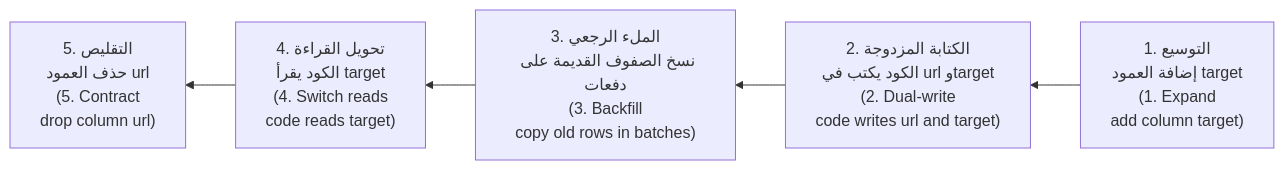
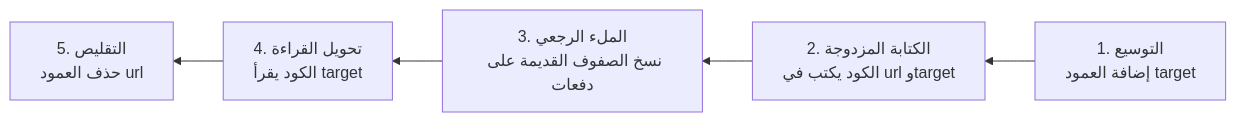
The second of 9 diagrams in saas/modules/02-data.ar.md (Tamoura/system-design-for-vibe-coders), drawn with Mermaid before and after one commit. The commit also changed other lines of this file and 551 other files, not shown here.

````diff
--- a/saas/modules/02-data.ar.md
+++ b/saas/modules/02-data.ar.md
@@ -123,7 +146,7 @@
 ```mermaid
 flowchart RL
-    A["1. التوسيع<br/>إضافة العمود target<br/>(1. Expand<br/>add column target)"] --> B["2. الكتابة المزدوجة<br/>الكود يكتب في url وtarget<br/>(2. Dual-write<br/>code writes url and target)"]
-    B --> C["3. الملء الرجعي<br/>نسخ الصفوف القديمة على دفعات<br/>(3. Backfill<br/>copy old rows in batches)"]
-    C --> D["4. تحويل القراءة<br/>الكود يقرأ target<br/>(4. Switch reads<br/>code reads target)"]
-    D --> E["5. التقليص<br/>حذف العمود url<br/>(5. Contract<br/>drop column url)"]
+    A["1. التوسيع<br/>إضافة العمود target"] --> B["2. الكتابة المزدوجة<br/>الكود يكتب في url وtarget"]
+    B --> C["3. الملء الرجعي<br/>نسخ الصفوف القديمة على دفعات"]
+    C --> D["4. تحويل القراءة<br/>الكود يقرأ target"]
+    D --> E["5. التقليص<br/>حذف العمود url"]
 ```
````
